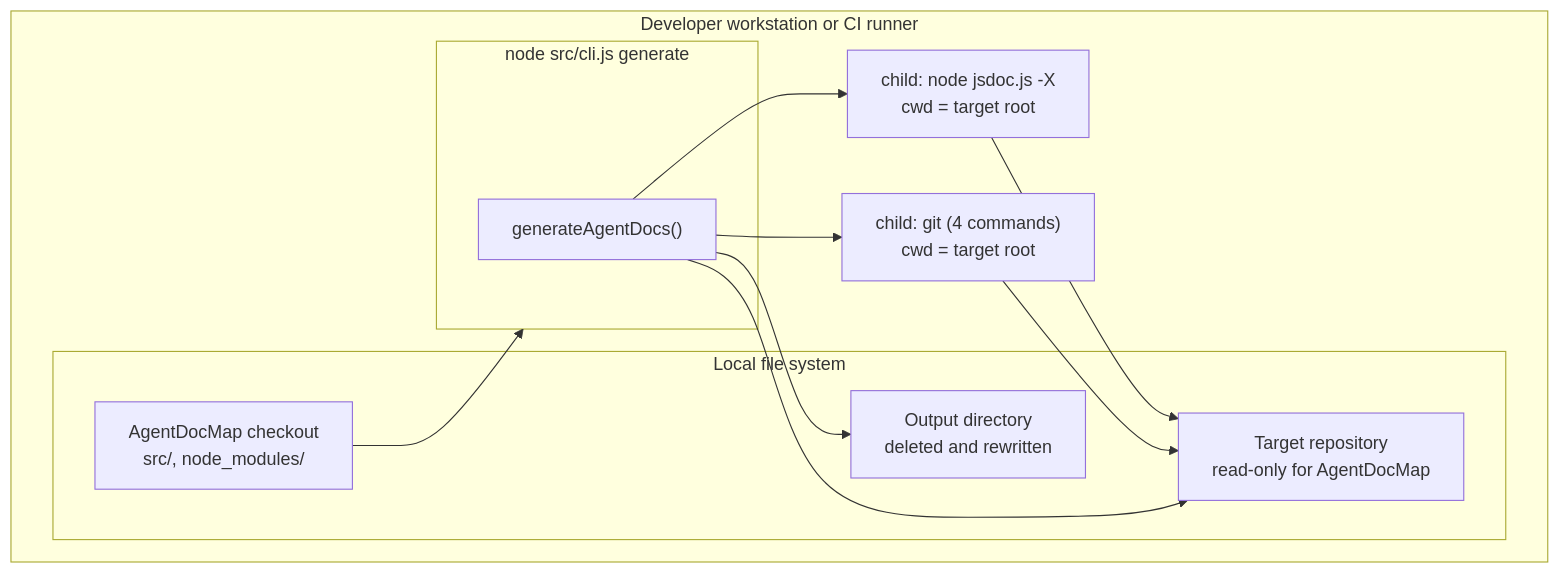
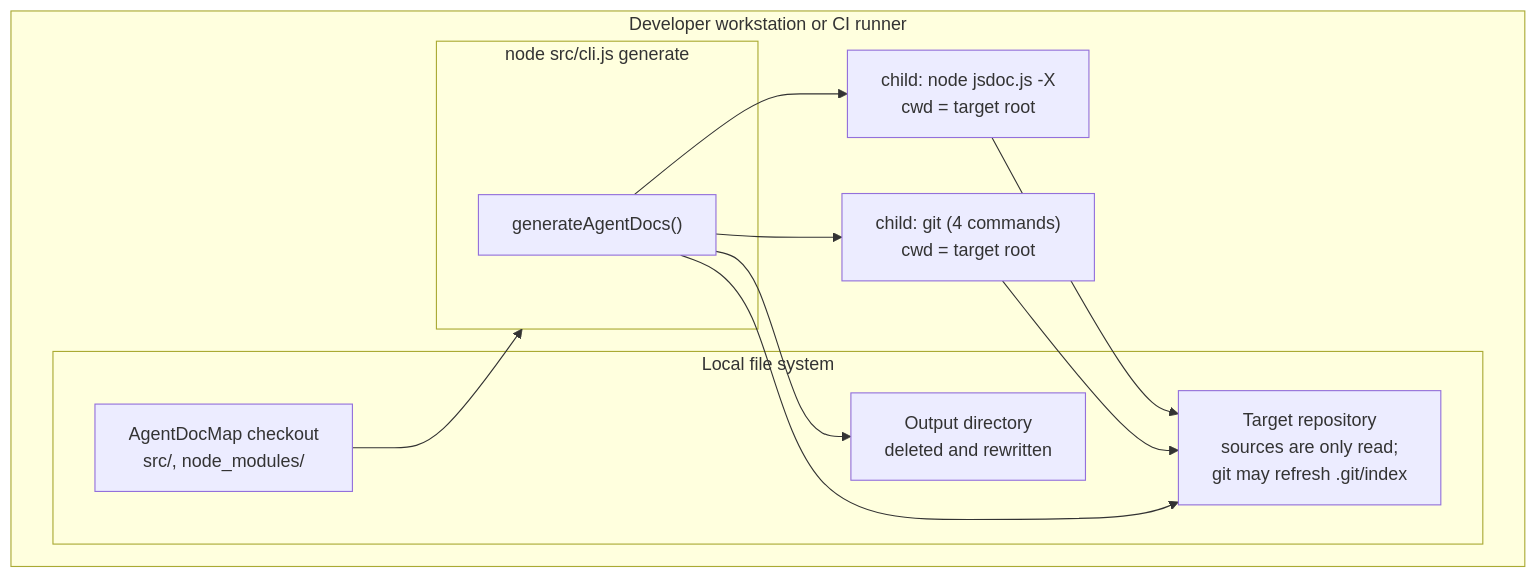
The second of 5 diagrams in docs/ARCHITECTURE.md (Optimal2/AgentDocMap), drawn with Mermaid before and after one commit. The commit also changed other lines of this file and 2 other files, not shown here.

First line of the commit message:
docs: correct security claims in the architecture description

````diff
--- a/docs/ARCHITECTURE.md
+++ b/docs/ARCHITECTURE.md
@@ -158,23 +159,23 @@
 ```mermaid
 flowchart TB
     subgraph Host["Developer workstation or CI runner"]
         subgraph Proc["node src/cli.js generate"]
             GEN["generateAgentDocs()"]
         end
         JS["child: node jsdoc.js -X<br/>cwd = target root"]
         GT["child: git (4 commands)<br/>cwd = target root"]
         subgraph FS["Local file system"]
             ADMDIR["AgentDocMap checkout<br/>src/, node_modules/"]
-            TGT["Target repository<br/>read-only for AgentDocMap"]
+            TGT["Target repository<br/>sources are only read;<br/>git may refresh .git/index"]
             OUTD["Output directory<br/>deleted and rewritten"]
         end
     end
 
     GEN --> JS
     GEN --> GT
     JS --> TGT
     GT --> TGT
     GEN --> TGT
     GEN --> OUTD
     ADMDIR --> Proc
 ```
````
